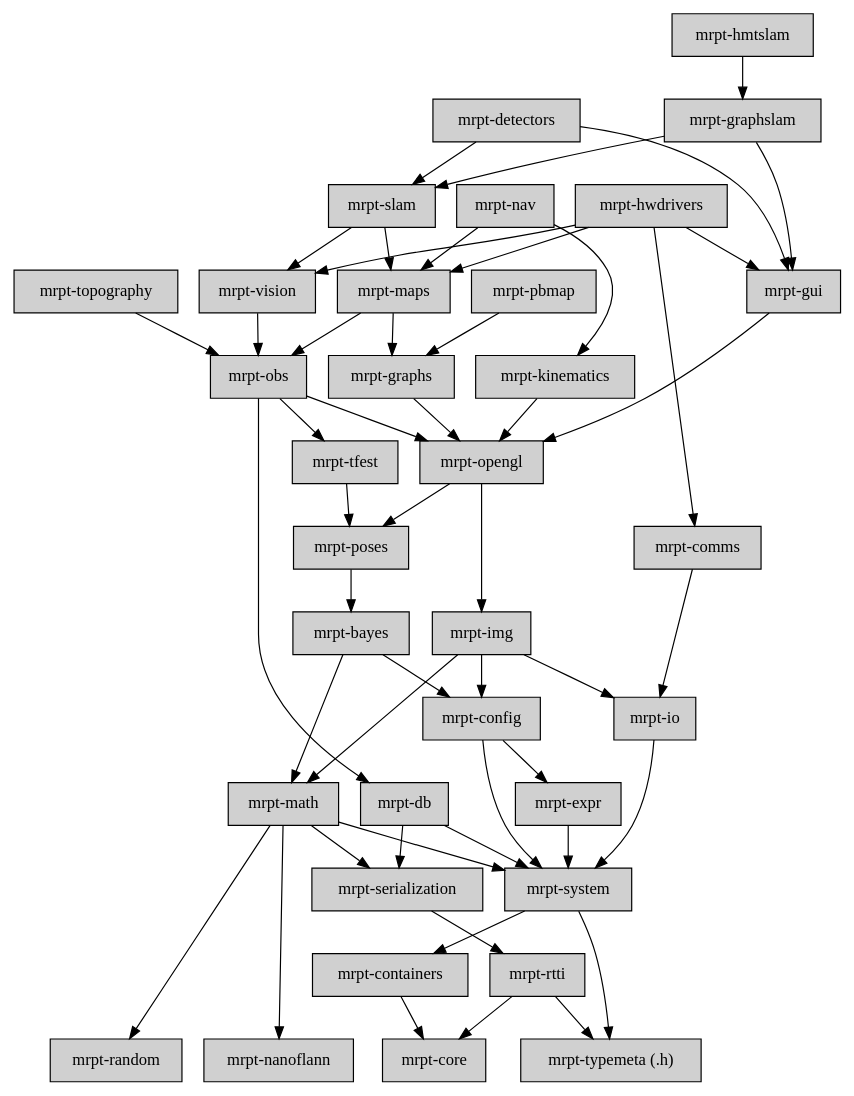
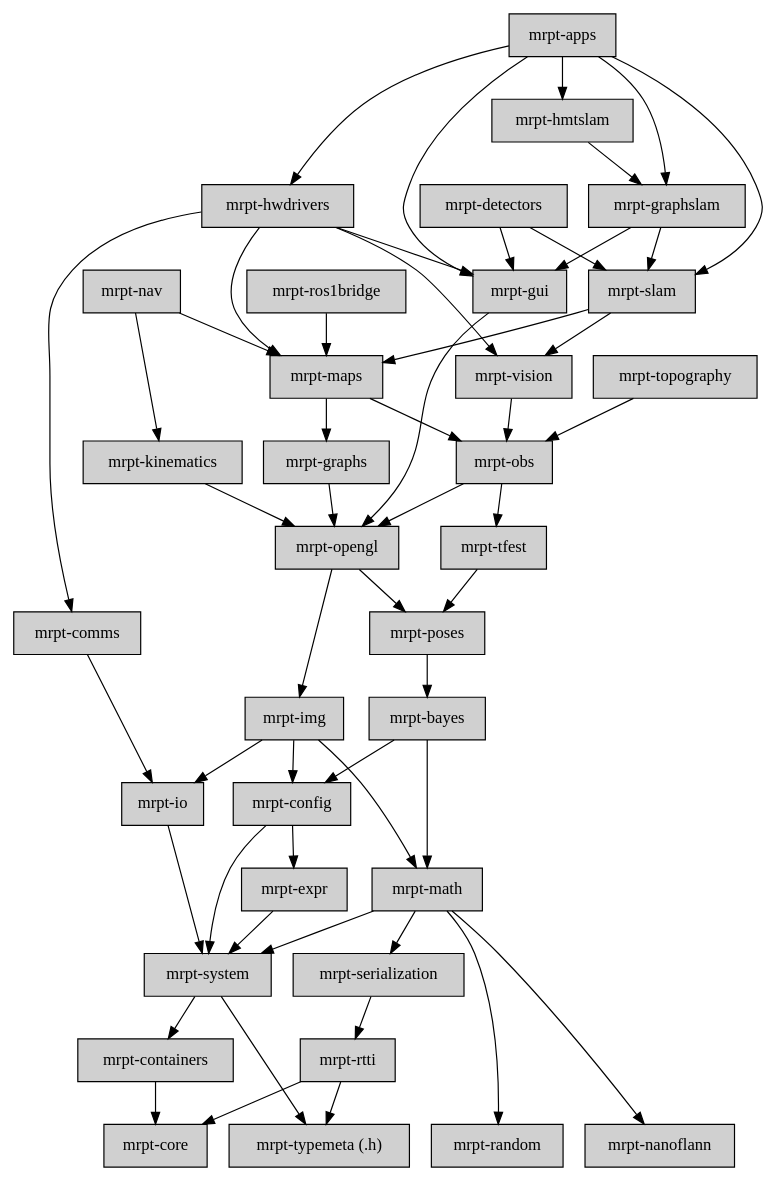
One commit to ros2-gbp/mrpt2-release changed the diagram in doc/design_of_images/graph_mrpt_libs.dot. Above: the diagram before and after it, drawn with Graphviz. The commit also changed 4184 other files, not shown here.

```diff
--- a/doc/design_of_images/graph_mrpt_libs.dot
+++ b/doc/design_of_images/graph_mrpt_libs.dot
@@ -1,128 +1,130 @@
 digraph MRPT_LIBS {
 
 	node [shape=box,style=filled, fillcolor="#D0D0D0"];
+
+	apps [label="mrpt-apps",URL="group__mrpt__bayes__grp.html"];
+	apps -> gui;
+	apps -> slam;
+	apps -> hwdrivers;
+	apps -> graphslam;
+	apps -> hmtslam;
 
 	bayes [label="mrpt-bayes",URL="group__mrpt__bayes__grp.html"];
 	bayes -> math;
 	bayes -> config;
 
 	comms [label="mrpt-comms",URL="group__mrpt__comms__grp.html"];
 	comms -> io;
 
 	config   [label="mrpt-config",URL="group__mrpt__config__grp.html"];
 	config -> expr;
 	config -> system;
 
 	containers  [label="mrpt-containers",URL="group__mrpt__containers__grp.html"];
 	containers -> core;
 
-	{ rank = sink; 
+	{ rank = sink;
 	core       [label="mrpt-core",URL="group__mrpt__core__grp.html"];
 	}
-
-	db         [label="mrpt-db",URL="group__mrpt__db__grp.html"];
-	db  -> serialization;
-	db  -> system;
 
 	detectors  [label="mrpt-detectors",URL="group__mrpt__detectors__grp.html"];
 	detectors -> gui;
 	detectors -> slam;
 
 	expr       [label="mrpt-expr",URL="group__mrpt__expr__grp.html"];
 	expr -> system;
 
 	graphs     [label="mrpt-graphs",URL="group__mrpt__graphs__grp.html"];
 	graphs -> opengl;
 
 	graphslam  [label="mrpt-graphslam",URL="group__mrpt__graphslam__grp.html"];
 	graphslam -> gui;
 	graphslam -> slam;
 
 	gui        [label="mrpt-gui",URL="group__mrpt__gui__grp.html"];
 	gui -> opengl;
 
 	hmtslam    [label="mrpt-hmtslam",URL="group__mrpt__hmtslam__grp.html"];
 	hmtslam -> graphslam;
 
 	hwdrivers  [label="mrpt-hwdrivers",URL="group__mrpt__hwdrivers__grp.html"];
 	hwdrivers -> comms;
 	hwdrivers -> gui;
 	hwdrivers -> maps;
 	hwdrivers -> vision;
 
 	img [label="mrpt-img",URL="group__mrpt__img__grp.html"];
 	img  -> io;
 	img  -> math;
 	img  -> config;
 
 	io [label="mrpt-io",URL="group__mrpt__io__grp.html"];
 	io  -> system;
 
 	kinematics [label="mrpt-kinematics",URL="group__mrpt__kinematics__grp.html"];
 	kinematics -> opengl;
-	
+
 	maps       [label="mrpt-maps",URL="group__mrpt__maps__grp.html"];
 	maps -> graphs;
 	maps -> obs;
 
 	math       [label="mrpt-math",URL="group__mrpt__math__grp.html"];
 	math -> serialization;
 	math -> random;
 	math -> system;
 	math -> nanoflann;
 
-	{ rank = sink; 
+	{ rank = sink;
 	nanoflann  [label="mrpt-nanoflann",URL="group__nanoflann__grp.html"];
 	}
 
 	nav        [label="mrpt-nav",URL="group__mrpt__nav__grp.html"];
 	nav -> kinematics;
 	nav -> maps;
 
 	obs        [label="mrpt-obs",URL="group__mrpt__obs__grp.html"];
 	obs -> opengl;
-	obs -> db;
 	obs -> tfest;
 
 	opengl     [label="mrpt-opengl", URL="group__mrpt__opengl__grp.html"];
 	opengl -> poses;
 	opengl -> img;
 
-	pbmap      [label="mrpt-pbmap",URL="group__mrpt__pbmap__grp.html"];
-	pbmap -> graphs;
-
 	poses     [label="mrpt-poses",URL="group__mrpt__poses__grp.html"];
 	poses -> bayes;
-	
-	{ rank = sink; 
+
+	{ rank = sink;
 	random     [label="mrpt-random",URL="group__mrpt__random__grp.html"];
 	}
 
 	rtti     [label="mrpt-rtti",URL="group__mrpt__rtti__grp.html"];
 	rtti -> core;
 	rtti -> typemeta;
+
+	ros1bridge   [label="mrpt-ros1bridge", URL="group__mrpt__ros1bridge__grp.html"];
+	ros1bridge -> maps;
 
 	serialization [label="mrpt-serialization",URL="group__mrpt__serialization__grp.html"];
 	serialization -> rtti;
 
 	slam       [label="mrpt-slam",URL="group__mrpt__slam__grp.html"];
 	slam -> maps;
 	slam -> vision;
 
 	system     [label="mrpt-system",URL="group__mrpt__system__grp.html"];
 	system -> typemeta;
 	system -> containers;
 
 	tfest      [label="mrpt-tfest",URL="group__mrpt__tfest__grp.html"];
 	tfest -> poses;
 
 	topography [label="mrpt-topography",URL="group__mrpt__topography__grp.html"];
 	topography -> obs;
 
-	{ rank = sink; 
+	{ rank = sink;
 	typemeta [label="mrpt-typemeta (.h)",URL="group__mrpt__typemeta__grp.html"];
 	}
 
 	vision     [label="mrpt-vision",URL="group__mrpt__vision__grp.html"];
 	vision -> obs;
 }
```
